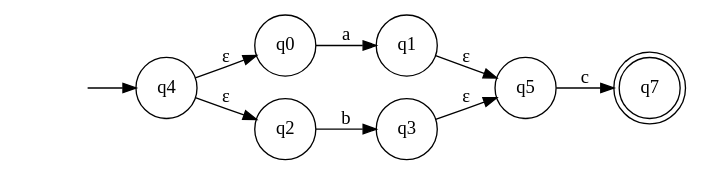
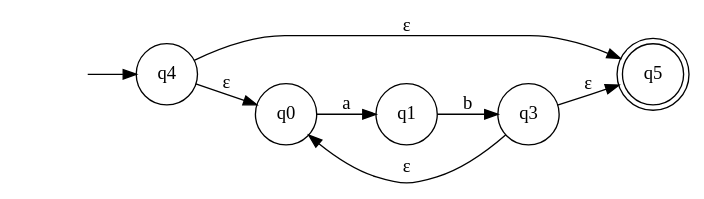
One commit to Logic-1729/CS2205-Lexer changed the diagram in nfa_graph.dot. Above: the diagram before and after it, drawn with Graphviz. The commit also changed 9 other files, not shown here.

```diff
--- a/nfa_graph.dot
+++ b/nfa_graph.dot
@@ -1,15 +1,14 @@
 digraph NFA {
   rankdir=LR;
   node [shape=circle];
-  q7 [shape=doublecircle];
+  q5 [shape=doublecircle];
   __start0 [shape=none, label=""];
   __start0 -> q4;
 
   q0 -> q1 [label="a"];
-  q2 -> q3 [label="b"];
+  q1 -> q3 [label="b"];
   q4 -> q0 [label="ε"];
-  q4 -> q2 [label="ε"];
-  q1 -> q5 [label="ε"];
   q3 -> q5 [label="ε"];
-  q5 -> q7 [label="c"];
+  q3 -> q0 [label="ε"];
+  q4 -> q5 [label="ε"];
 }
```
